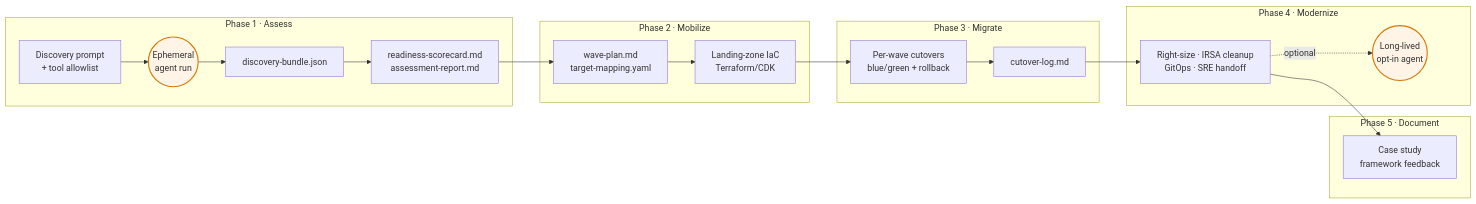
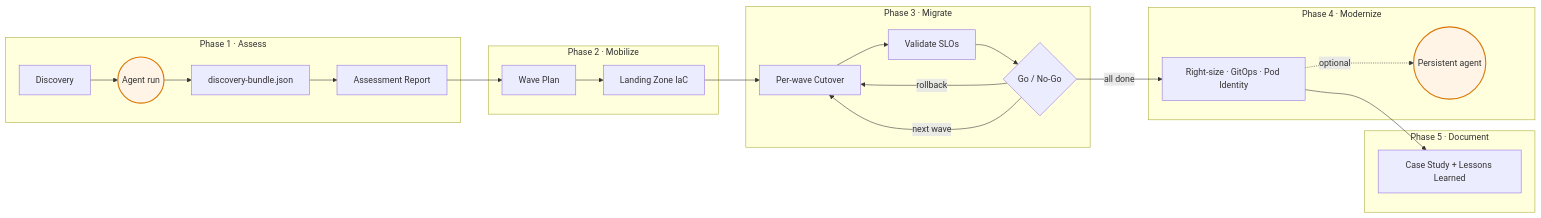
Before and after one commit to snese/agentic-container-migration-framework: the first of 5 diagrams in docs/architecture/diagrams.md, drawn with Mermaid. The commit also changed other lines of this file, not shown here.

First line of the commit message:
docs(architecture): update diagrams to reflect 7 shipped source adapters

````diff
--- a/docs/architecture/diagrams.md
+++ b/docs/architecture/diagrams.md
@@ -16,26 +16,29 @@
 ```mermaid
 flowchart LR
     subgraph P1["Phase 1 · Assess"]
-        D[Discovery prompt<br/>+ tool allowlist] --> A1((Ephemeral<br/>agent run))
+        D[Discovery] --> A1((Agent run))
         A1 --> B[discovery-bundle.json]
-        B --> R1[readiness-scorecard.md<br/>assessment-report.md]
+        B --> R1[Assessment Report]
     end
     subgraph P2["Phase 2 · Mobilize"]
-        R1 --> W[wave-plan.md<br/>target-mapping.yaml]
-        W --> LZ[Landing-zone IaC<br/>Terraform/CDK]
+        R1 --> W[Wave Plan]
+        W --> LZ[Landing Zone IaC]
     end
     subgraph P3["Phase 3 · Migrate"]
-        LZ --> CO[Per-wave cutovers<br/>blue/green + rollback]
-        CO --> CL[cutover-log.md]
+        LZ --> CO[Per-wave Cutover]
+        CO --> V[Validate SLOs]
+        V --> GO{Go / No-Go}
+        GO -->|rollback| CO
+        GO -->|next wave| CO
     end
     subgraph P4["Phase 4 · Modernize"]
-        CL --> OPT[Right-size · IRSA cleanup<br/>GitOps · SRE handoff]
-        OPT -.optional.-> A2((Long-lived<br/>opt-in agent))
+        GO -->|all done| OPT[Right-size · GitOps · Pod Identity]
+        OPT -.optional.-> A2((Persistent agent))
     end
     subgraph P5["Phase 5 · Document"]
-        OPT --> CS[Case study<br/>framework feedback]
+        OPT --> CS[Case Study + Lessons Learned]
     end
 
     classDef agent fill:#fff4e6,stroke:#d97706,stroke-width:2px;
     class A1,A2 agent;
 ```
````
